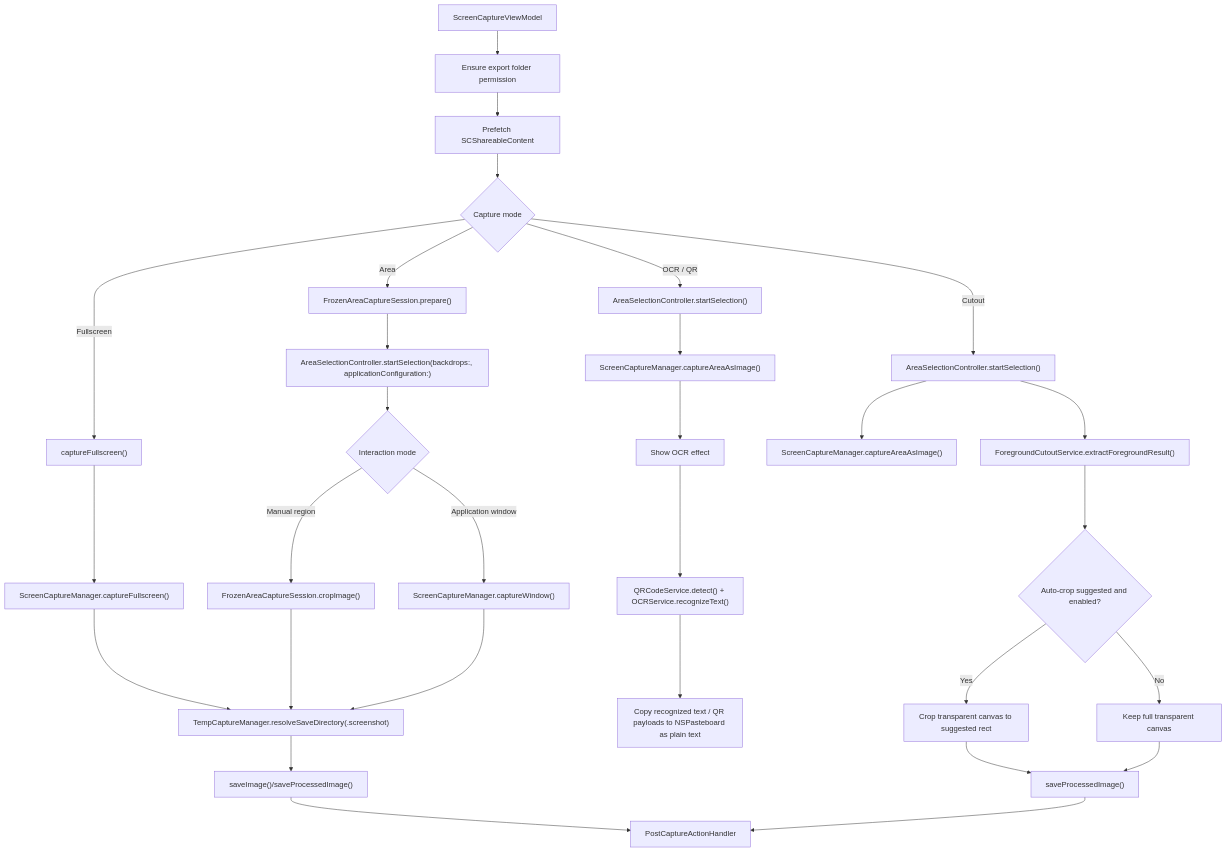
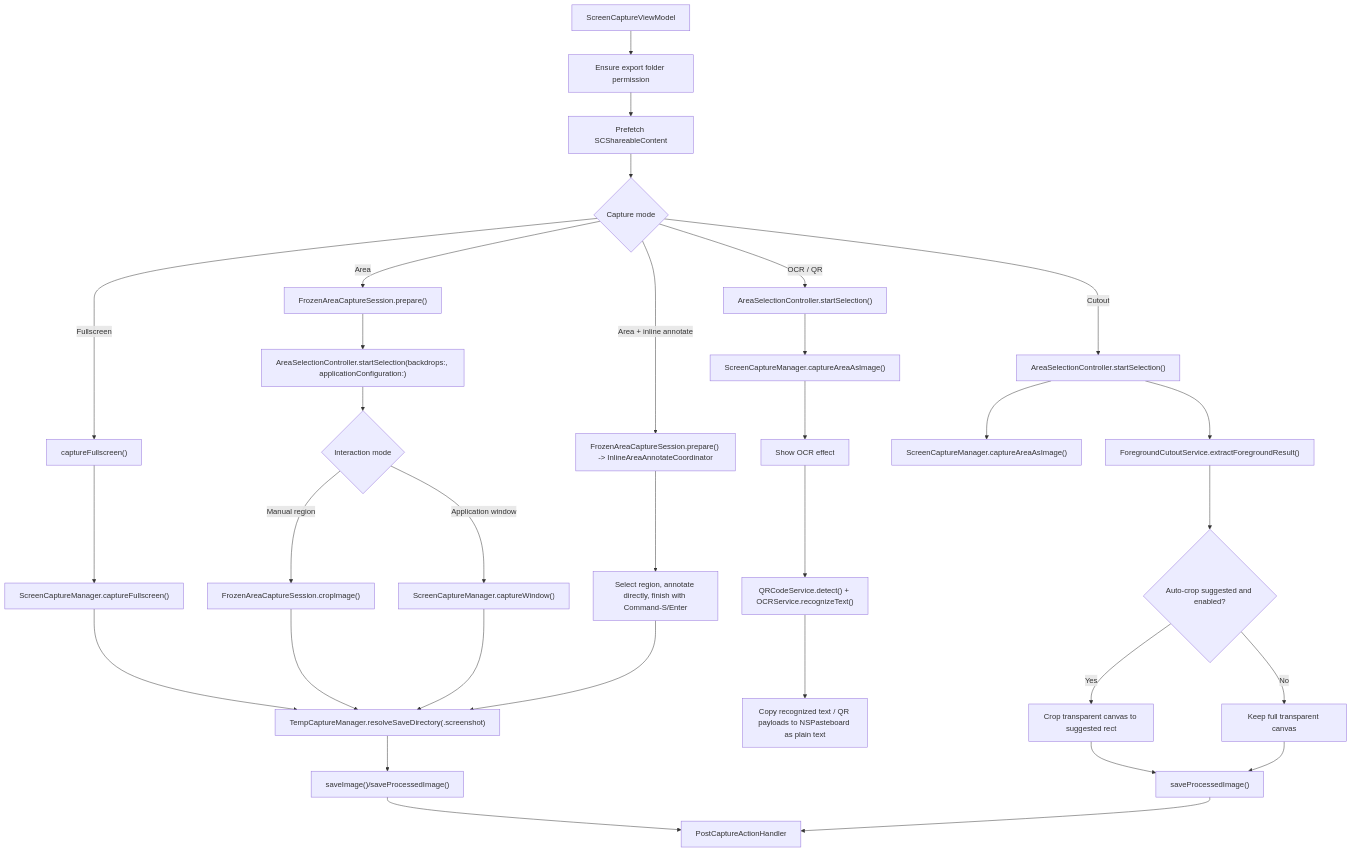
The second of 8 diagrams in docs/CAPTURE.md (duongden/Snapzy), drawn with Mermaid before and after one commit. The commit also changed other lines of this file and 21 other files, not shown here.

First line of the commit message:
feat: Add inline area annotate capture functionality (#160, #40)

````diff
--- a/docs/CAPTURE.md
+++ b/docs/CAPTURE.md
@@ -43,37 +43,40 @@
 ```mermaid
 flowchart TD
     A["ScreenCaptureViewModel"] --> B["Ensure export folder permission"]
     B --> C["Prefetch SCShareableContent"]
     C --> D{"Capture mode"}
 
     D -->|Fullscreen| E["captureFullscreen()"]
     D -->|Area| F["FrozenAreaCaptureSession.prepare()"]
+    D -->|Area + inline annotate| F1["FrozenAreaCaptureSession.prepare() -> InlineAreaAnnotateCoordinator"]
     D -->|OCR / QR| G["AreaSelectionController.startSelection()"]
     D -->|Cutout| H["AreaSelectionController.startSelection()"]
 
     E --> I["ScreenCaptureManager.captureFullscreen()"]
     F --> J["AreaSelectionController.startSelection(backdrops:, applicationConfiguration:)"]
     J --> K{"Interaction mode"}
+    F1 --> K0["Select region, annotate directly, finish with Command-S/Enter"]
     K -->|Manual region| K1["FrozenAreaCaptureSession.cropImage()"]
     K -->|Application window| K2["ScreenCaptureManager.captureWindow()"]
     G --> L["ScreenCaptureManager.captureAreaAsImage()"]
     H --> M["ScreenCaptureManager.captureAreaAsImage()"]
 
     I --> N["TempCaptureManager.resolveSaveDirectory(.screenshot)"]
     K1 --> N
+    K0 --> N
     K2 --> N
     N --> O["saveImage()/saveProcessedImage()"]
     O --> P["PostCaptureActionHandler"]
 
     L --> Q0["Show OCR effect"]
     Q0 --> Q["QRCodeService.detect() + OCRService.recognizeText()"]
     Q --> R["Copy recognized text / QR payloads to NSPasteboard as plain text"]
 
     H --> S["ForegroundCutoutService.extractForegroundResult()"]
     S --> T{"Auto-crop suggested and enabled?"}
     T -->|Yes| U["Crop transparent canvas to suggested rect"]
     T -->|No| V["Keep full transparent canvas"]
     U --> W["saveProcessedImage()"]
     V --> W
     W --> P
 ```
````
